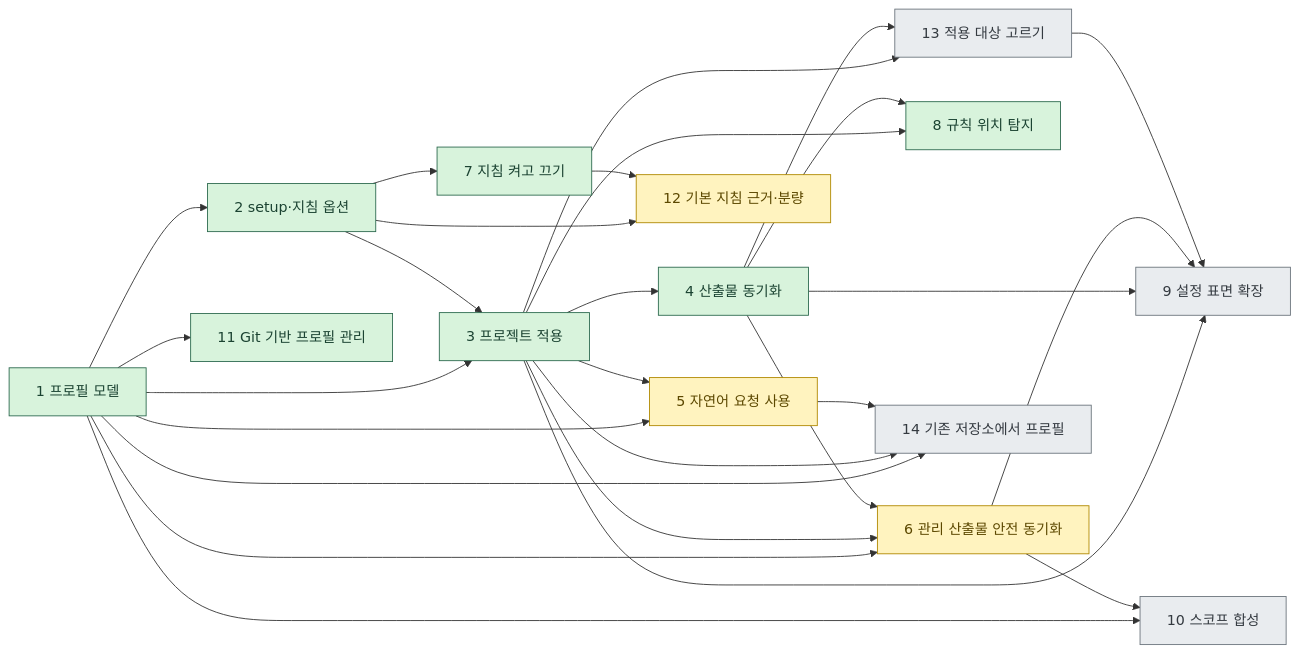
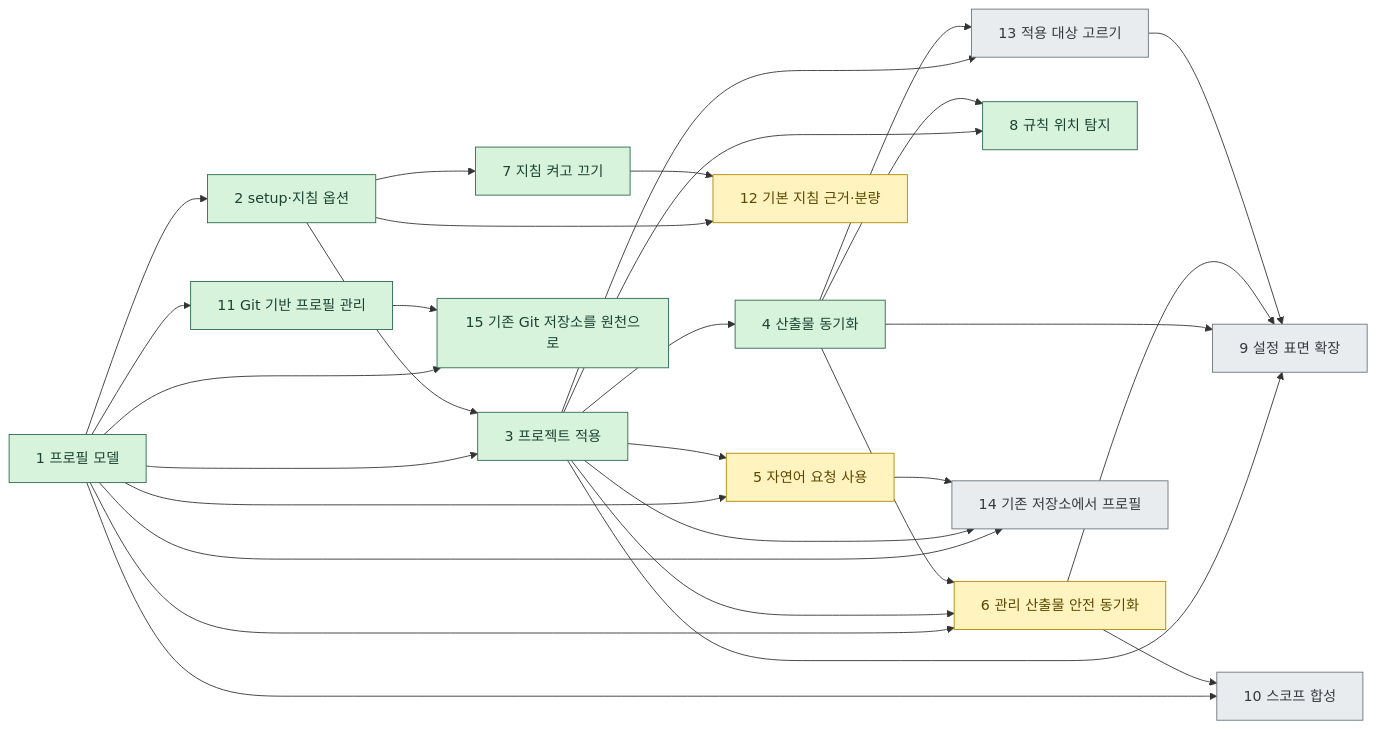
The diagram in docs/discussion/architecture/README.md (IsthisLee/agent-context-manager), drawn with Mermaid before and after one commit. The commit also changed other lines of this file and 35 other files, not shown here.

````diff
--- a/docs/discussion/architecture/README.md
+++ b/docs/discussion/architecture/README.md
@@ -37,37 +38,39 @@
 ```mermaid
 flowchart LR
   S1["1 프로필 모델"] --> S2["2 setup·지침 옵션"]
   S1 --> S3["3 프로젝트 적용"]
   S2 --> S3
   S3 --> S4["4 산출물 동기화"]
   S1 --> S5["5 자연어 요청 사용"]
   S3 --> S5
   S1 --> S6["6 관리 산출물 안전 동기화"]
   S3 --> S6
   S4 --> S6
   S2 --> S7["7 지침 켜고 끄기"]
   S3 --> S8["8 규칙 위치 탐지"]
   S4 --> S8
   S3 --> S9["9 설정 표면 확장"]
   S4 --> S9
   S6 --> S9
   S1 --> S10["10 스코프 합성"]
   S6 --> S10
   S1 --> S11["11 Git 기반 프로필 관리"]
   S2 --> S12["12 기본 지침 근거·분량"]
   S7 --> S12
   S3 --> S13["13 적용 대상 고르기"]
   S4 --> S13
   S13 --> S9
   S1 --> S14["14 기존 저장소에서 프로필"]
   S3 --> S14
   S5 --> S14
+  S1 --> S15["15 기존 Git 저장소를 원천으로"]
+  S11 --> S15
   classDef done fill:#d8f3dc,stroke:#2d6a4f,color:#1b4332
   classDef doing fill:#fff3bf,stroke:#b08900,color:#5c4800
   classDef todo fill:#e9ecef,stroke:#6c757d,color:#343a40
   %% agctx:generated:stage-classes:start
-  class S1,S2,S3,S4,S7,S8,S11 done
+  class S1,S2,S3,S4,S7,S8,S11,S15 done
   class S5,S6,S12 doing
   class S9,S10,S13,S14 todo
   %% agctx:generated:stage-classes:end
 ```
````
